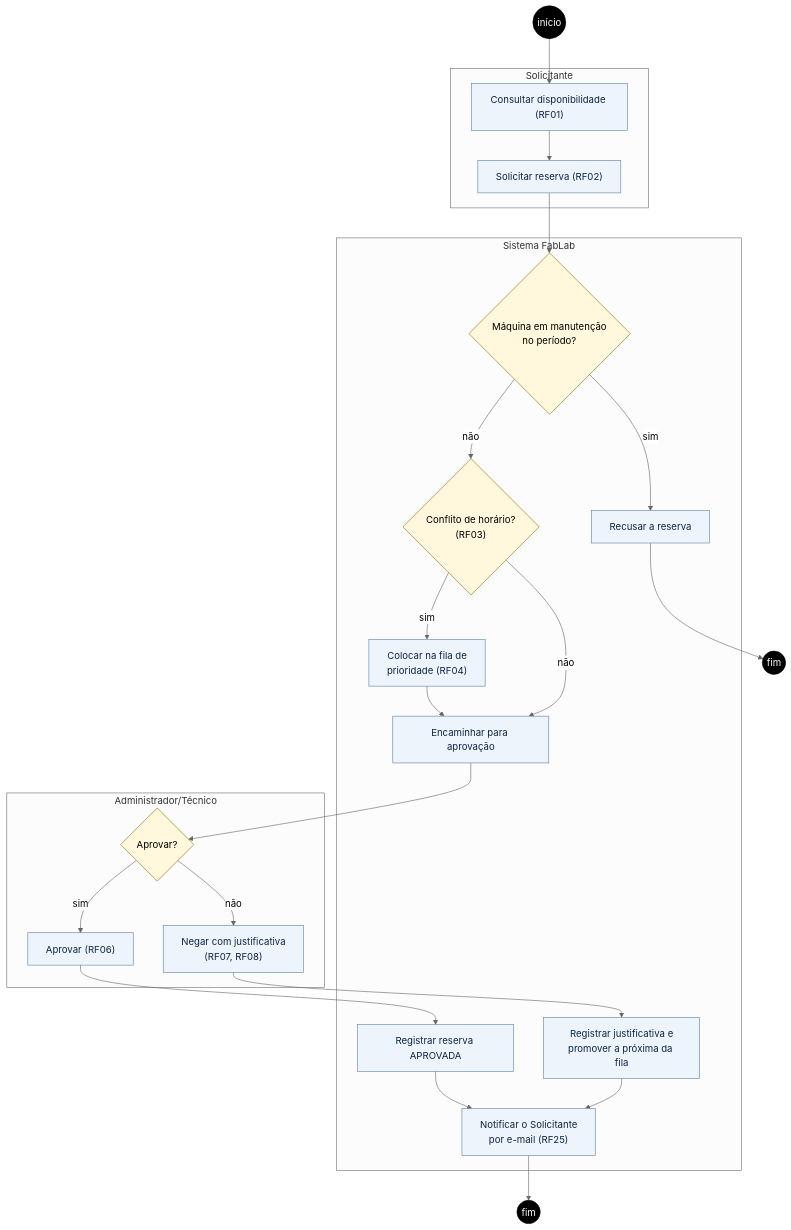
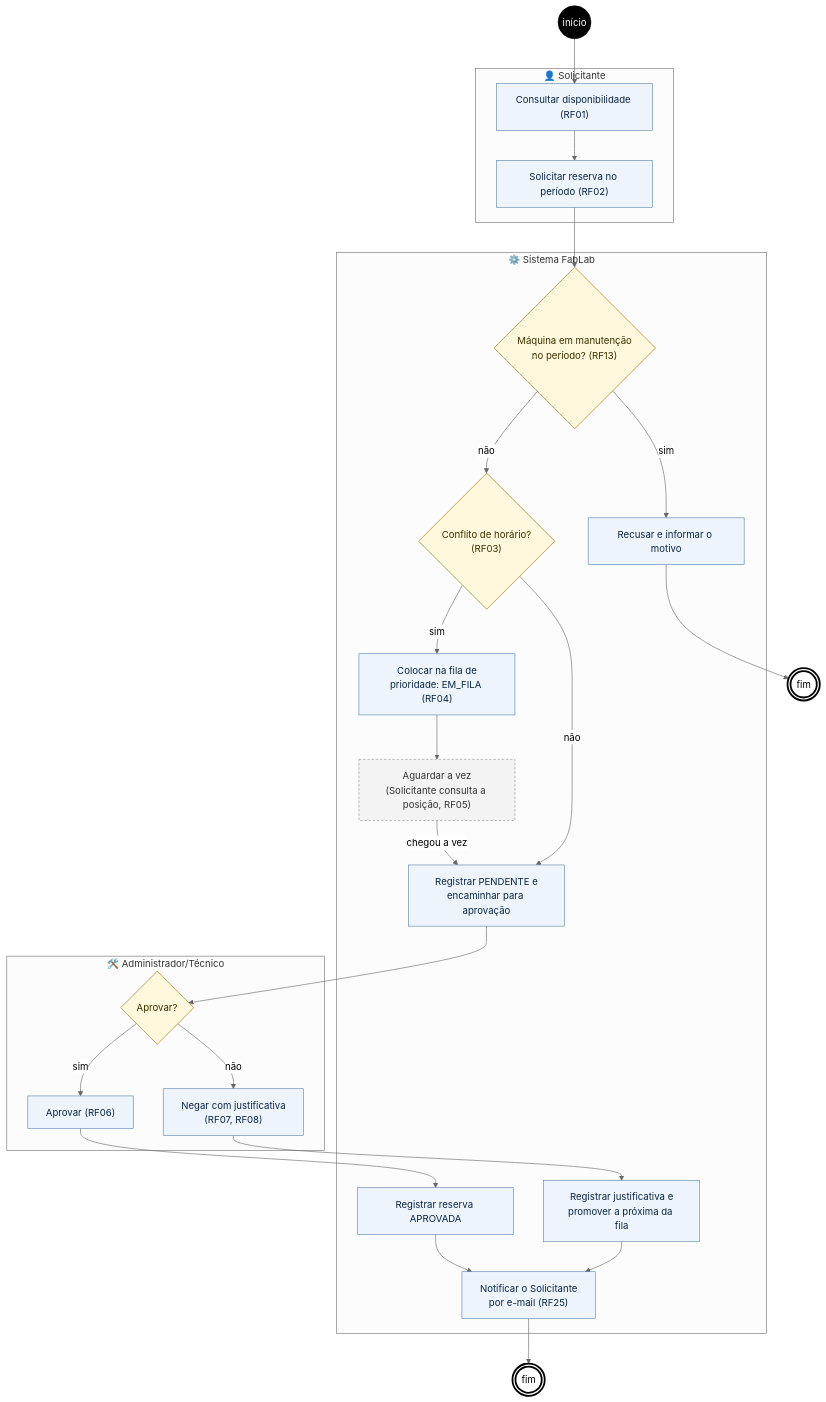
One commit to MateusM312/model-storming-fablab changed the diagram in docs/architecture/atividade-reserva.mmd. Above: the diagram before and after it, drawn with Mermaid (neutral theme). The commit also changed 2 other files, not shown here.

Commit message:
adicionado diagrama do fluxo do outbox

```diff
--- a/docs/architecture/atividade-reserva.mmd
+++ b/docs/architecture/atividade-reserva.mmd
@@ -1,41 +1,46 @@
 flowchart TB
-    classDef decisao fill:#fff8dc,stroke:#8a6d00
+    %% Legenda: azul = ação | amarelo = decisão | preto = início | anel = fim
+    classDef acao fill:#eef4fb,stroke:#5d82a8,color:#0b2545
+    classDef decisao fill:#fff8dc,stroke:#8a6d00,color:#3d3000
+    classDef espera fill:#f3f3f3,stroke:#8c8c8c,color:#333,stroke-dasharray:4 3
     classDef inicio fill:#000,stroke:#000,color:#fff
-    classDef acao fill:#eef4fb,stroke:#5d82a8,color:#0b2545
+    classDef fim fill:#fff,stroke:#000,stroke-width:3px,color:#000
 
     INI(("início")):::inicio
 
-    subgraph SOL["Solicitante"]
+    subgraph SOL["👤 Solicitante"]
         A1["Consultar disponibilidade (RF01)"]:::acao
-        A2["Solicitar reserva (RF02)"]:::acao
+        A2["Solicitar reserva no período (RF02)"]:::acao
     end
 
-    subgraph SIS["Sistema FabLab"]
-        D1{"Máquina em manutenção<br/>no período?"}:::decisao
-        A3["Recusar a reserva"]:::acao
+    subgraph SIS["⚙️ Sistema FabLab"]
+        D1{"Máquina em manutenção<br/>no período? (RF13)"}:::decisao
+        A3["Recusar e informar o motivo"]:::acao
         D2{"Conflito de horário?<br/>(RF03)"}:::decisao
-        A4["Colocar na fila de<br/>prioridade (RF04)"]:::acao
-        A5["Encaminhar para aprovação"]:::acao
+        A4["Colocar na fila de<br/>prioridade: EM_FILA (RF04)"]:::acao
+        W1["Aguardar a vez<br/>(Solicitante consulta a posição, RF05)"]:::espera
+        A5["Registrar PENDENTE e<br/>encaminhar para aprovação"]:::acao
         A8["Registrar reserva APROVADA"]:::acao
         A9["Registrar justificativa e<br/>promover a próxima da fila"]:::acao
         A10["Notificar o Solicitante<br/>por e-mail (RF25)"]:::acao
     end
 
-    subgraph ADM["Administrador/Técnico"]
+    subgraph ADM["🛠️ Administrador/Técnico"]
         D3{"Aprovar?"}:::decisao
         A6["Aprovar (RF06)"]:::acao
         A7["Negar com justificativa<br/>(RF07, RF08)"]:::acao
     end
 
-    FIM1(("fim")):::inicio
-    FIM2(("fim")):::inicio
+    FIM1((("fim"))):::fim
+    FIM2((("fim"))):::fim
 
     INI --> A1 --> A2 --> D1
     D1 -- sim --> A3 --> FIM1
     D1 -- não --> D2
-    D2 -- sim --> A4 --> A5
+    D2 -- sim --> A4 --> W1
+    W1 -- "chegou a vez" --> A5
     D2 -- não --> A5
     A5 --> D3
     D3 -- sim --> A6 --> A8 --> A10
     D3 -- não --> A7 --> A9 --> A10
     A10 --> FIM2
```
